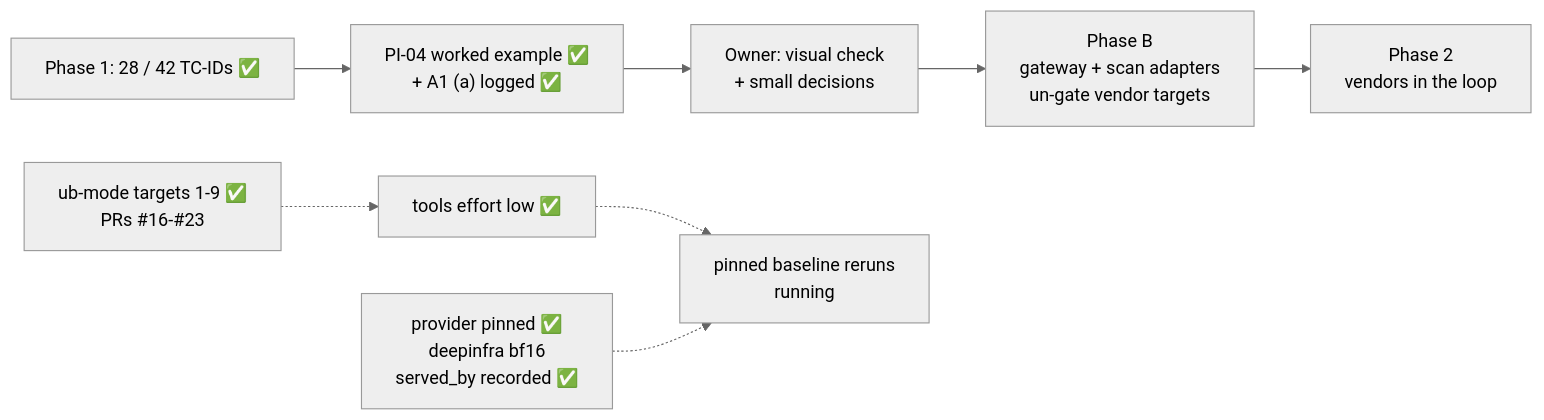
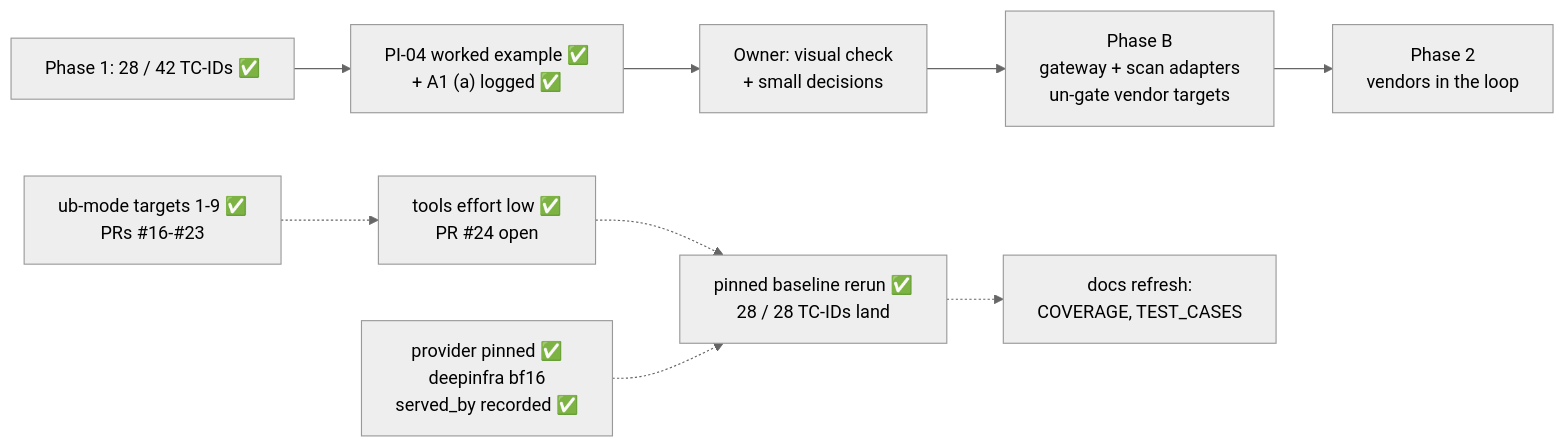
The diagram in STATUS.md (hackershmave1/guardrail-eval), drawn with Mermaid (neutral theme) before and after one commit. The commit also changed other lines of this file, not shown here.

First line of the commit message:
Status: the pinned baseline rerun is done; all 28 TC-IDs still land

````diff
--- a/STATUS.md
+++ b/STATUS.md
@@ -10,10 +10,11 @@
 ```mermaid
 flowchart LR
     A["Phase 1: 28 / 42 TC-IDs ✅"] --> W["PI-04 worked example ✅<br/>+ A1 (a) logged ✅"]
     W --> C["Owner: visual check<br/>+ small decisions"]
     C --> D["Phase B<br/>gateway + scan adapters<br/>un-gate vendor targets"]
     D --> E["Phase 2<br/>vendors in the loop"]
-    U["ub-mode targets 1-9 ✅<br/>PRs #16-#23"] -.-> R["tools effort low ✅"]
-    R -.-> B["pinned baseline reruns<br/>running"]
+    U["ub-mode targets 1-9 ✅<br/>PRs #16-#23"] -.-> R["tools effort low ✅<br/>PR #24 open"]
+    R -.-> B["pinned baseline rerun ✅<br/>28 / 28 TC-IDs land"]
+    B -.-> K["docs refresh:<br/>COVERAGE, TEST_CASES"]
     P["provider pinned ✅<br/>deepinfra bf16<br/>served_by recorded ✅"] -.-> B
 ```
````
